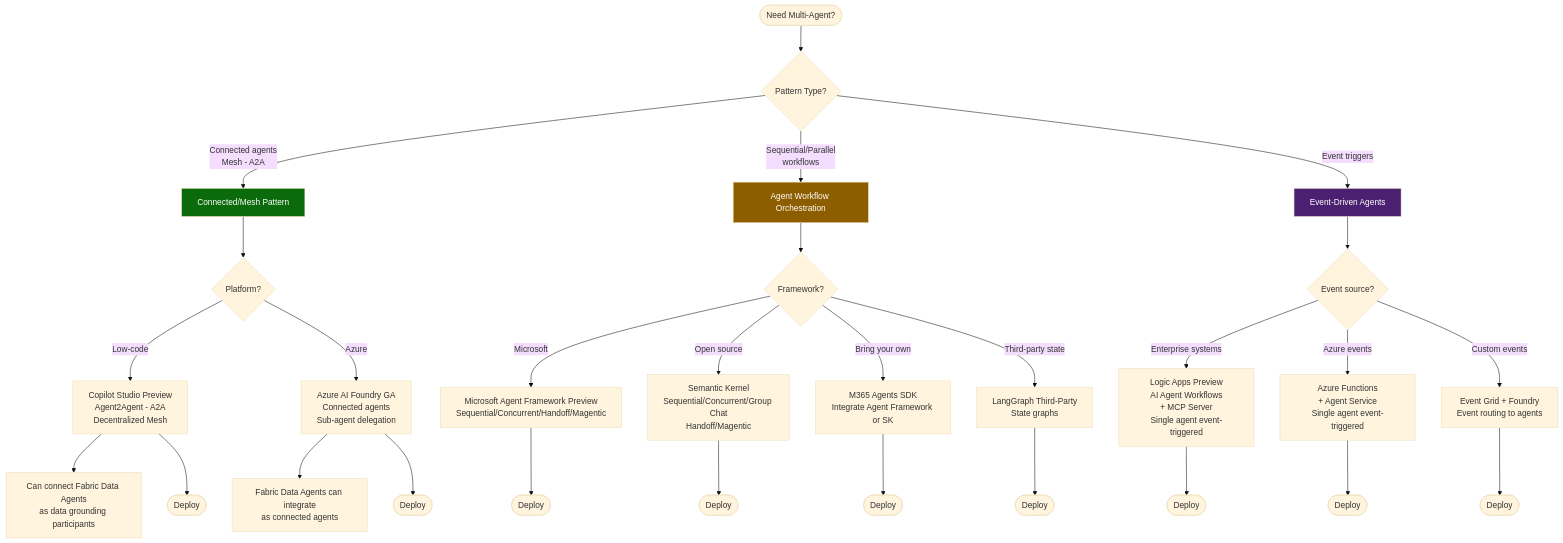
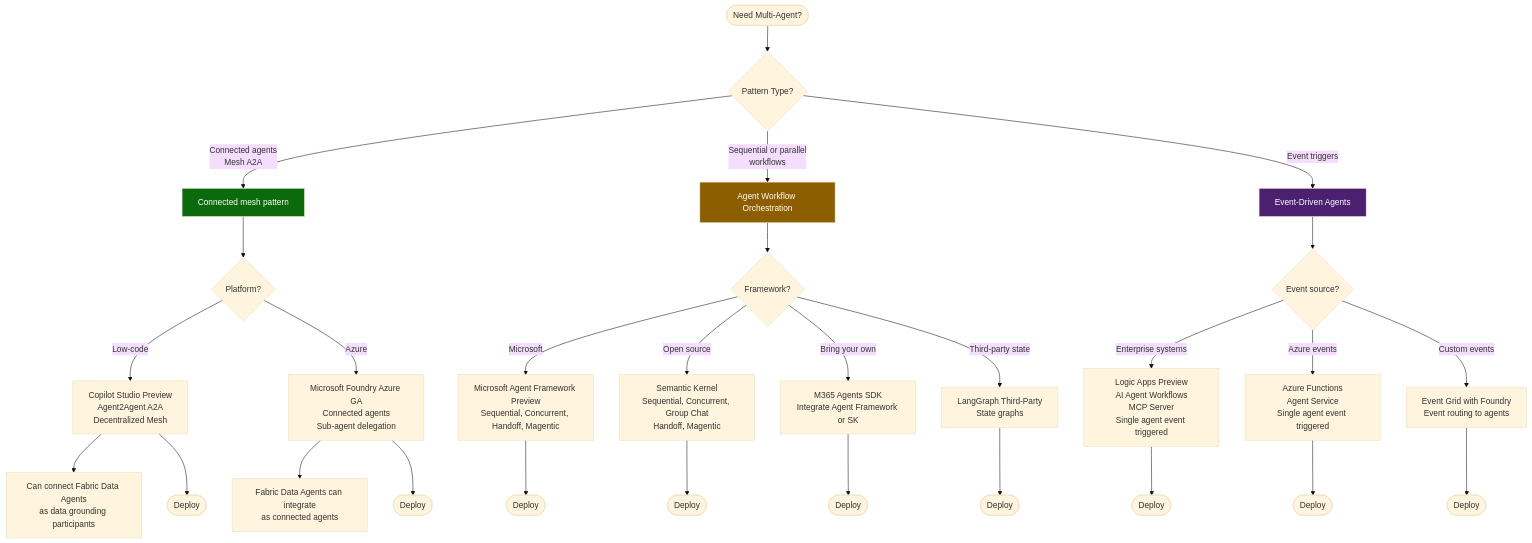
One commit to traya1/Microsoft-AI-Decision-Framework changed the seventh of 8 diagrams in docs/visual-framework.md. Above: the diagram before and after it, drawn with Mermaid (base theme). The commit also changed other lines of this file and 20 other files, not shown here.

First line of the commit message:
Align docs and fix Mermaid diagram text (#19)

````diff
--- a/docs/visual-framework.md
+++ b/docs/visual-framework.md
@@ -661,40 +661,40 @@
 ```mermaid
 flowchart TD
     Start([Need Multi-Agent?]) --> Q1{Pattern Type?}
     
-    Q1 -->|Connected agents<br/>Mesh - A2A| Connected[Connected/Mesh Pattern]
-    Q1 -->|Sequential/Parallel<br/>workflows| Workflows[Agent Workflow Orchestration]
+    Q1 -->|Connected agents<br/>Mesh A2A| Connected[Connected mesh pattern]
+    Q1 -->|Sequential or parallel<br/>workflows| Workflows[Agent Workflow Orchestration]
     Q1 -->|Event triggers| EventDriven[Event-Driven Agents]
     
     Connected --> C_Platform{Platform?}
-    C_Platform -->|Low-code| C_Studio[Copilot Studio Preview<br/>Agent2Agent - A2A<br/>Decentralized Mesh]
-    C_Platform -->|Azure| C_Foundry[Azure AI Foundry GA<br/>Connected agents<br/>Sub-agent delegation]
+    C_Platform -->|Low-code| C_Studio[Copilot Studio Preview<br/>Agent2Agent A2A<br/>Decentralized Mesh]
+    C_Platform -->|Azure| C_Foundry[Microsoft Foundry Azure GA<br/>Connected agents<br/>Sub-agent delegation]
     
     Workflows --> W_Framework{Framework?}
-    W_Framework -->|Microsoft| W_AgentFW[Microsoft Agent Framework Preview<br/>Sequential/Concurrent/Handoff/Magentic]
-    W_Framework -->|Open source| W_SK[Semantic Kernel<br/>Sequential/Concurrent/Group Chat<br/>Handoff/Magentic]
+    W_Framework -->|Microsoft| W_AgentFW[Microsoft Agent Framework Preview<br/>Sequential, Concurrent, Handoff, Magentic]
+    W_Framework -->|Open source| W_SK[Semantic Kernel<br/>Sequential, Concurrent, Group Chat<br/>Handoff, Magentic]
     W_Framework -->|Bring your own| W_SDK[M365 Agents SDK<br/>Integrate Agent Framework or SK]
     W_Framework -->|Third-party state| W_LangGraph[LangGraph Third-Party<br/>State graphs]
     
     EventDriven --> E_Type{Event source?}
-    E_Type -->|Enterprise systems| E_Logic[Logic Apps Preview<br/>AI Agent Workflows<br/>+ MCP Server<br/>Single agent event-triggered]
-    E_Type -->|Azure events| E_Functions[Azure Functions<br/>+ Agent Service<br/>Single agent event-triggered]
-    E_Type -->|Custom events| E_Custom[Event Grid + Foundry<br/>Event routing to agents]
+    E_Type -->|Enterprise systems| E_Logic[Logic Apps Preview<br/>AI Agent Workflows<br/>MCP Server<br/>Single agent event triggered]
+    E_Type -->|Azure events| E_Functions[Azure Functions<br/>Agent Service<br/>Single agent event triggered]
+    E_Type -->|Custom events| E_Custom[Event Grid with Foundry<br/>Event routing to agents]
     
     C_Studio --> Note1[Can connect Fabric Data Agents<br/>as data grounding participants]
     C_Foundry --> Note2[Fabric Data Agents can integrate<br/>as connected agents]
     
     C_Studio --> Deploy1([Deploy])
     C_Foundry --> Deploy2([Deploy])
     W_AgentFW --> Deploy3([Deploy])
     W_SK --> Deploy4([Deploy])
     W_SDK --> Deploy5([Deploy])
     W_LangGraph --> Deploy6([Deploy])
     E_Logic --> Deploy7([Deploy])
     E_Functions --> Deploy8([Deploy])
     E_Custom --> Deploy9([Deploy])
     
     style Connected fill:#0b6a0b,color:#fff
     style Workflows fill:#8c5e00,color:#fff
     style EventDriven fill:#4b2070,color:#fff
 ```
````
